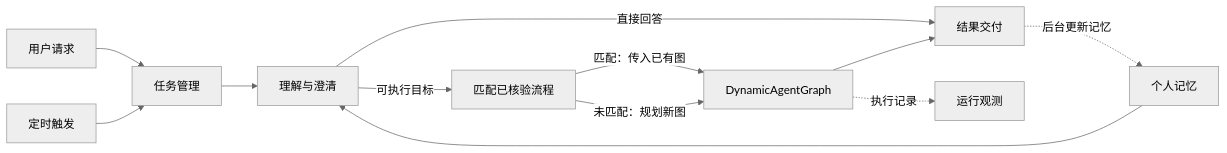
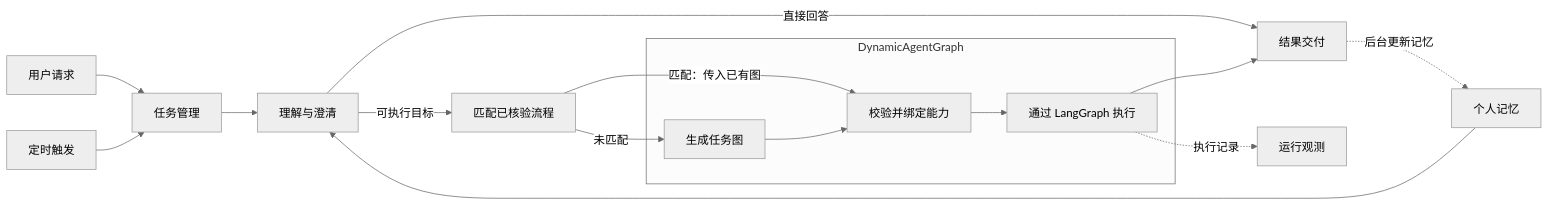
The diagram in README_cn.md (DavidLiuXh/Karen), drawn with Mermaid (neutral theme) before and after one commit. The commit also changed other lines of this file and 1 other file, not shown here.

Commit message:
Highlight DynamicAgentGraph as Karen's execution foundation

````diff
--- a/README_cn.md
+++ b/README_cn.md
@@ -42,14 +49,18 @@
 ```mermaid
 flowchart LR
     U[用户请求] --> T[任务管理]
     S[定时触发] --> T
     T --> I[理解与澄清]
     M[个人记忆] --> I
     I -->|直接回答| R[结果交付]
     I -->|可执行目标| W[匹配已核验流程]
-    W -->|匹配：传入已有图| E[DynamicAgentGraph]
-    W -->|未匹配：规划新图| E
+    W -->|匹配：传入已有图| V
+    W -->|未匹配| P
+    subgraph DAG[DynamicAgentGraph]
+        P[生成任务图] --> V[校验并绑定能力]
+        V --> E[通过 LangGraph 执行]
+    end
     E --> R
     R -. 后台更新记忆 .-> M
     E -. 执行记录 .-> O[运行观测]
 ```
````
